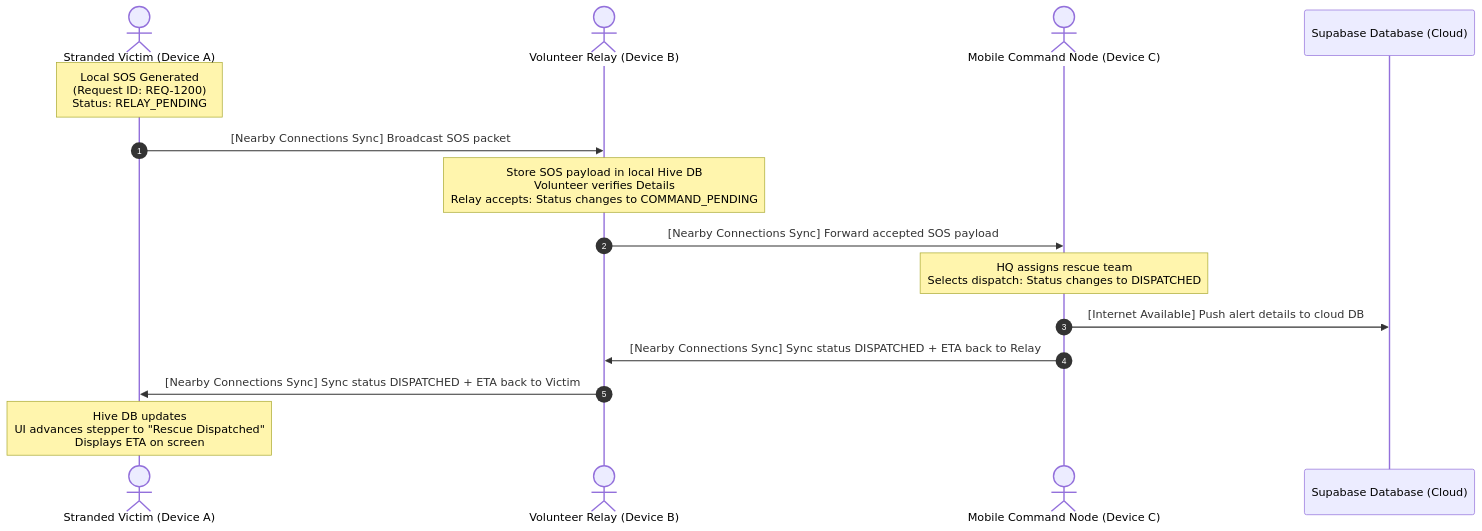
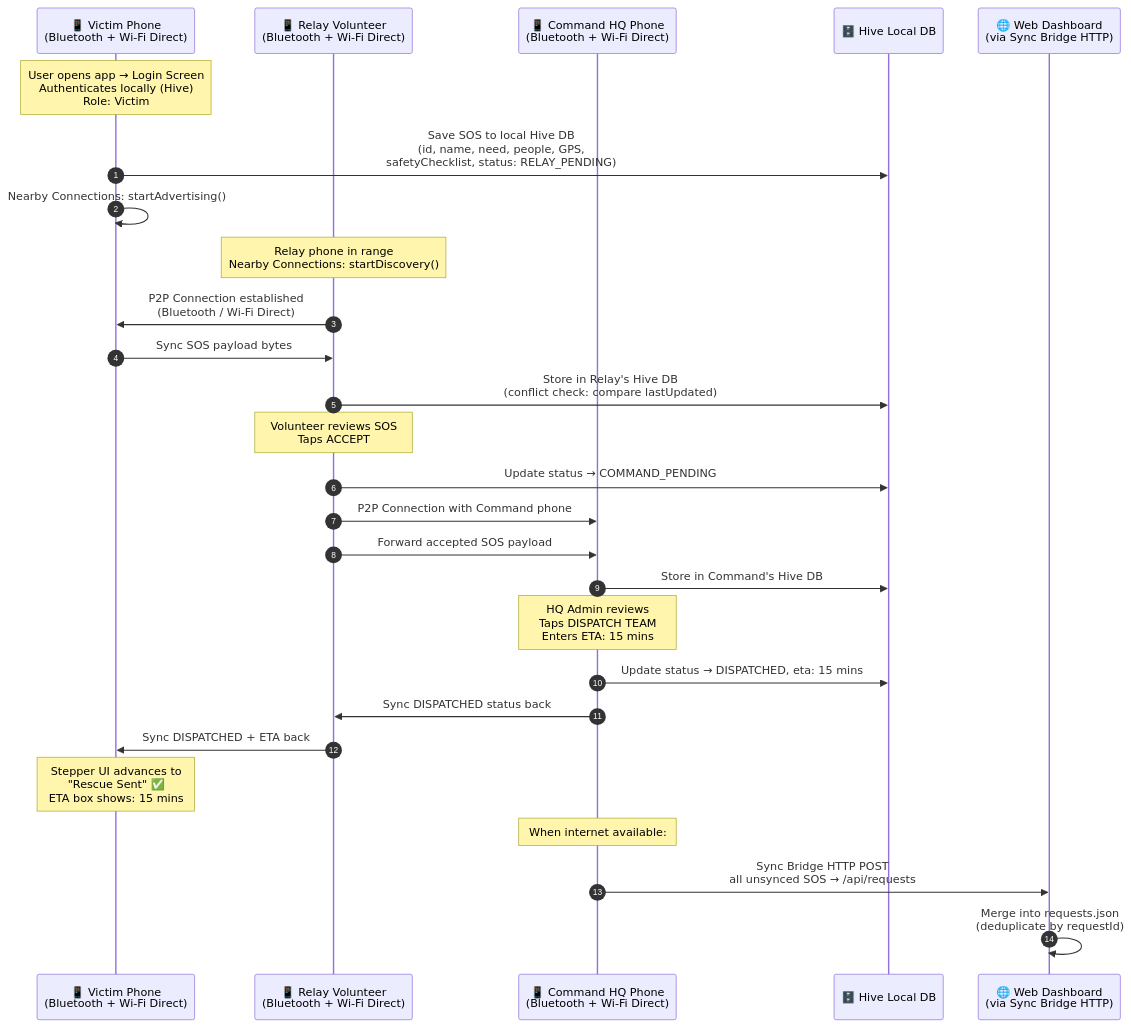
One commit to bharathkumar000/RESQLINK changed the third of 7 diagrams in SYSTEM_ARCHITECTURE.md. Above: the diagram before and after it, drawn with Mermaid. The commit also changed other lines of this file, not shown here.

Commit message:
docs: Complete rewrite of SYSTEM_ARCHITECTURE.md with full tech audit — Ollama/Gemma4, Nearby Connections mesh, geolocator, Hive DB, SyncBridge, Telegram alerts, ML scoring, all 10 sensors

````diff
--- a/SYSTEM_ARCHITECTURE.md
+++ b/SYSTEM_ARCHITECTURE.md
@@ -180,18 +270,38 @@
 ```mermaid
 sequenceDiagram
     autonumber
-    actor Victim as Stranded Victim (Device A)
-    actor Relay as Volunteer Relay (Device B)
-    actor HQ as Mobile Command Node (Device C)
-    participant Supa as Supabase Database (Cloud)
+    participant V as 📱 Victim Phone<br/>(Bluetooth + Wi-Fi Direct)
+    participant R as 📱 Relay Volunteer<br/>(Bluetooth + Wi-Fi Direct)
+    participant C as 📱 Command HQ Phone<br/>(Bluetooth + Wi-Fi Direct)
+    participant H as 🗄️ Hive Local DB
+    participant W as 🌐 Web Dashboard<br/>(via Sync Bridge HTTP)
 
-    Note over Victim: Local SOS Generated<br/>(Request ID: REQ-1200)<br/>Status: RELAY_PENDING
-    Victim->>Relay: [Nearby Connections Sync] Broadcast SOS packet
-    Note over Relay: Store SOS payload in local Hive DB<br/>Volunteer verifies Details<br/>Relay accepts: Status changes to COMMAND_PENDING
-    Relay->>HQ: [Nearby Connections Sync] Forward accepted SOS payload
-    Note over HQ: HQ assigns rescue team<br/>Selects dispatch: Status changes to DISPATCHED
-    HQ->>Supa: [Internet Available] Push alert details to cloud DB
-    HQ->>Relay: [Nearby Connections Sync] Sync status DISPATCHED + ETA back to Relay
-    Relay->>Victim: [Nearby Connections Sync] Sync status DISPATCHED + ETA back to Victim
-    Note over Victim: Hive DB updates<br/>UI advances stepper to "Rescue Dispatched"<br/>Displays ETA on screen
+    Note over V: User opens app → Login Screen<br/>Authenticates locally (Hive)<br/>Role: Victim
+
+    V->>H: Save SOS to local Hive DB<br/>(id, name, need, people, GPS,<br/>safetyChecklist, status: RELAY_PENDING)
+    V->>V: Nearby Connections: startAdvertising()
+
+    Note over R: Relay phone in range<br/>Nearby Connections: startDiscovery()
+    R->>V: P2P Connection established<br/>(Bluetooth / Wi-Fi Direct)
+    V->>R: Sync SOS payload bytes
+    R->>H: Store in Relay's Hive DB<br/>(conflict check: compare lastUpdated)
+
+    Note over R: Volunteer reviews SOS<br/>Taps ACCEPT
+    R->>H: Update status → COMMAND_PENDING
+
+    R->>C: P2P Connection with Command phone
+    R->>C: Forward accepted SOS payload
+    C->>H: Store in Command's Hive DB
+
+    Note over C: HQ Admin reviews<br/>Taps DISPATCH TEAM<br/>Enters ETA: 15 mins
+    C->>H: Update status → DISPATCHED, eta: 15 mins
+
+    C->>R: Sync DISPATCHED status back
+    R->>V: Sync DISPATCHED + ETA back
+
+    Note over V: Stepper UI advances to<br/>"Rescue Sent" ✅<br/>ETA box shows: 15 mins
+
+    Note over C: When internet available:
+    C->>W: Sync Bridge HTTP POST<br/>all unsynced SOS → /api/requests
+    W->>W: Merge into requests.json<br/>(deduplicate by requestId)
 ```
````
